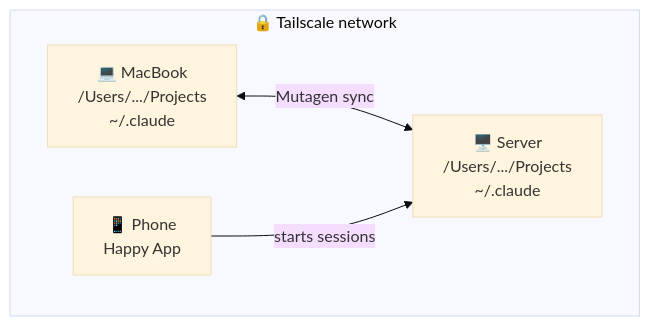
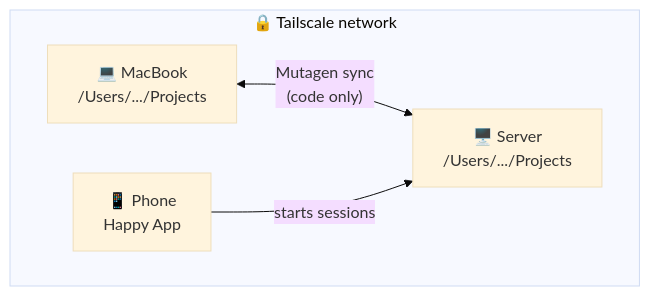
The first of 2 diagrams in README.md (lucharo/always-on-claude), drawn with Mermaid (base theme) before and after one commit. The commit also changed other lines of this file, not shown here.

First line of the commit message:
Accept that session sync doesn't work, document the limitation

````diff
--- a/README.md
+++ b/README.md
@@ -38,13 +34,13 @@
 ```mermaid
 flowchart TB
     subgraph Tailscale["🔒 Tailscale network"]
         direction LR
 
-        MacBook["💻 MacBook<br/>/Users/.../Projects<br/>~/.claude"]
-        Server["🖥️ Server<br/>/Users/.../Projects<br/>~/.claude"]
+        MacBook["💻 MacBook<br/>/Users/.../Projects"]
+        Server["🖥️ Server<br/>/Users/.../Projects"]
         Phone["📱 Phone<br/>Happy App"]
 
-        MacBook <-->|"Mutagen sync"| Server
+        MacBook <-->|"Mutagen sync<br/>(code only)"| Server
         Phone -->|"starts sessions"| Server
     end
 ```
````
